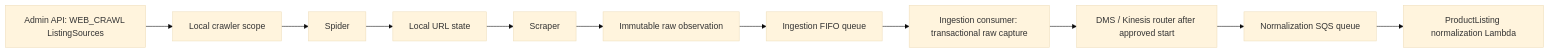
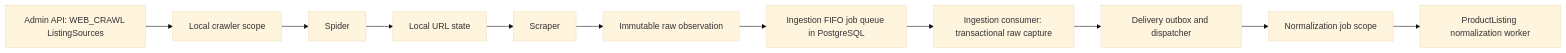
Before and after one commit to aura-historia/backend: the diagram in docs/crawler/README.md, drawn with Mermaid (base theme). The commit also changed other lines of this file and 664 other files, not shown here.

First line of the commit message:
epic(#3022): run prod on the self-hosted host with a PostgreSQL outbox and job queue (#3081)

````diff
--- a/docs/crawler/README.md
+++ b/docs/crawler/README.md
@@ -9,13 +9,13 @@
 ```mermaid
 flowchart LR
     Source[Admin API: WEB_CRAWL ListingSources] --> Sync[Local crawler scope]
     Sync --> Spider[Spider]
     Spider --> Urls[Local URL state]
     Urls --> Scraper[Scraper]
     Scraper --> Raw[Immutable raw observation]
-    Raw --> Queue[Ingestion FIFO queue]
+    Raw --> Queue[Ingestion FIFO job queue in PostgreSQL]
     Queue --> Capture[Ingestion consumer: transactional raw capture]
-    Capture --> CDC[DMS / Kinesis router after approved start]
-    CDC --> SQS[Normalization SQS queue]
-    SQS --> Normalizer[ProductListing normalization Lambda]
+    Capture --> Outbox[Delivery outbox and dispatcher]
+    Outbox --> Scope[Normalization job scope]
+    Scope --> Normalizer[ProductListing normalization worker]
 ```
````
